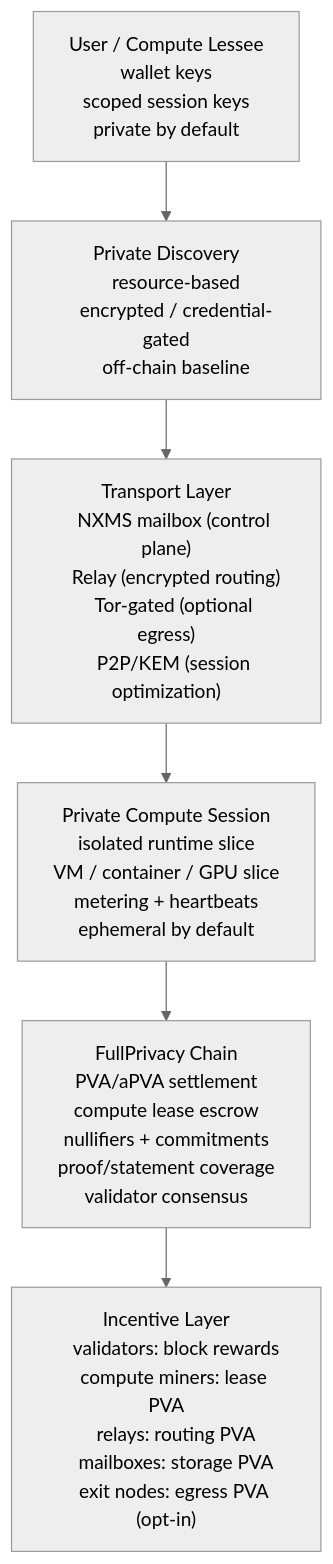
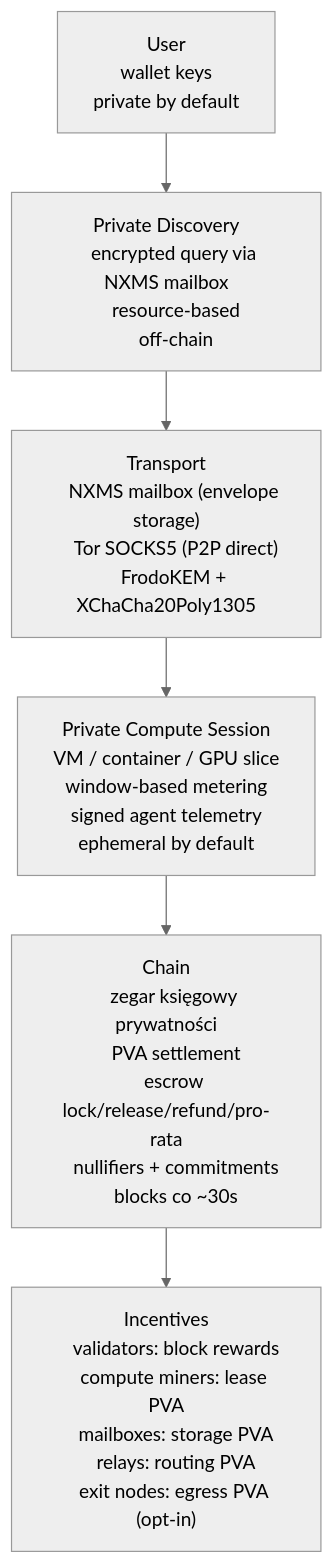
The first of 12 diagrams in spec/PRIVAI_V0_PRIVATE_COMPUTE/PRIVAI_V0_DIAGRAMS.md (niirmataa/privAI), drawn with Mermaid (neutral theme) before and after one commit. The commit also changed other lines of this file and 211 other files, not shown here.

First line of the commit message:
privAI V0: compute lease types, metering, identity, discovery, hidden sender spec, podsumowanie

````diff
--- a/spec/PRIVAI_V0_PRIVATE_COMPUTE/PRIVAI_V0_DIAGRAMS.md
+++ b/spec/PRIVAI_V0_PRIVATE_COMPUTE/PRIVAI_V0_DIAGRAMS.md
@@ -12,36 +12,34 @@
 ```mermaid
 flowchart TD
-    U["User / Compute Lessee
+    U["User
     wallet keys
-    scoped session keys
     private by default"] --> D["Private Discovery
+    encrypted query via NXMS mailbox
     resource-based
-    encrypted / credential-gated
-    off-chain baseline"]
+    off-chain"]
 
-    D --> T["Transport Layer
-    NXMS mailbox (control plane)
-    Relay (encrypted routing)
-    Tor-gated (optional egress)
-    P2P/KEM (session optimization)"]
+    D --> T["Transport
+    NXMS mailbox (envelope storage)
+    Tor SOCKS5 (P2P direct)
+    FrodoKEM + XChaCha20Poly1305"]
 
     T --> C["Private Compute Session
-    isolated runtime slice
     VM / container / GPU slice
-    metering + heartbeats
+    window-based metering
+    signed agent telemetry
     ephemeral by default"]
 
-    C --> E["FullPrivacy Chain
-    PVA/aPVA settlement
-    compute lease escrow
+    C --> E["Chain
+    zegar księgowy prywatności
+    PVA settlement
+    escrow lock/release/refund/pro-rata
     nullifiers + commitments
-    proof/statement coverage
-    validator consensus"]
+    blocks co ~30s"]
 
-    E --> I["Incentive Layer
+    E --> I["Incentives
     validators: block rewards
     compute miners: lease PVA
+    mailboxes: storage PVA
     relays: routing PVA
-    mailboxes: storage PVA
     exit nodes: egress PVA (opt-in)"]
 ```
````
